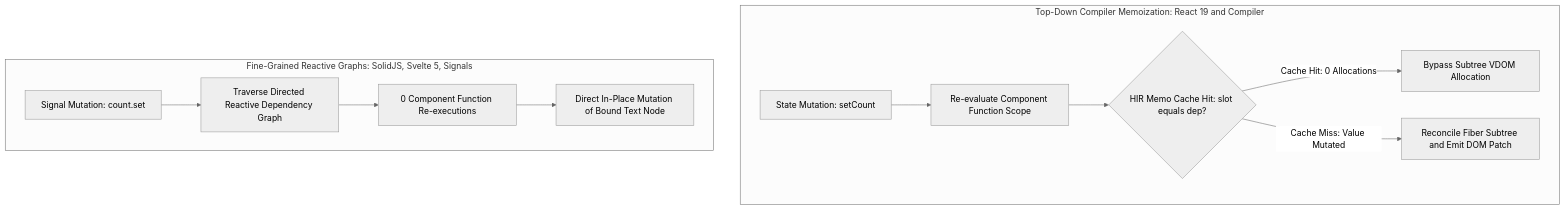
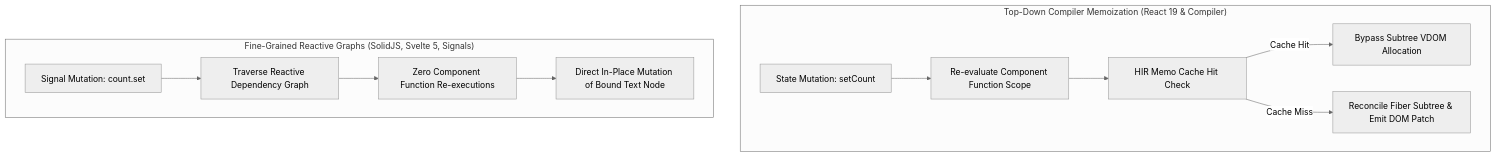
One commit to akmalkhaniub/akmalkhaniub.github.io changed the first of 2 diagrams in blog/posts/react-compiler-vs-signals-fine-grained-reactivity-ast-tradeoffs.md. Above: the diagram before and after it, drawn with Mermaid (neutral theme). The commit also changed 3 other files, not shown here.

Commit message:
fix(blog): resolve Mermaid Figure 1 syntax error in React Compiler post

````diff
--- a/blog/posts/react-compiler-vs-signals-fine-grained-reactivity-ast-tradeoffs.md
+++ b/blog/posts/react-compiler-vs-signals-fine-grained-reactivity-ast-tradeoffs.md
@@ -15,15 +15,15 @@
 ```mermaid
 graph TD
-  subgraph CompilerMemo ["Top-Down Compiler Memoization: React 19 and Compiler"]
+  subgraph SG1_CompilerMemo ["Top-Down Compiler Memoization (React 19 & Compiler)"]
     StateChange1["State Mutation: setCount"] --> ReRenderTree["Re-evaluate Component Function Scope"]
-    ReRenderTree --> CacheCheck{"HIR Memo Cache Hit: slot equals dep?"}
-    CacheCheck -->|Cache Hit: 0 Allocations| SkipVDOM["Bypass Subtree VDOM Allocation"]
-    CacheCheck -->|Cache Miss: Value Mutated| UpdateVDOM["Reconcile Fiber Subtree and Emit DOM Patch"]
+    ReRenderTree --> CacheCheck["HIR Memo Cache Hit Check"]
+    CacheCheck -->|Cache Hit| SkipVDOM["Bypass Subtree VDOM Allocation"]
+    CacheCheck -->|Cache Miss| UpdateVDOM["Reconcile Fiber Subtree & Emit DOM Patch"]
   end
 
-  subgraph ReactiveGraphs ["Fine-Grained Reactive Graphs: SolidJS, Svelte 5, Signals"]
-    StateChange2["Signal Mutation: count.set"] --> DirectGraph["Traverse Directed Reactive Dependency Graph"]
-    DirectGraph --> ZeroVDOM["0 Component Function Re-executions"]
+  subgraph SG2_ReactiveGraphs ["Fine-Grained Reactive Graphs (SolidJS, Svelte 5, Signals)"]
+    StateChange2["Signal Mutation: count.set"] --> DirectGraph["Traverse Reactive Dependency Graph"]
+    DirectGraph --> ZeroVDOM["Zero Component Function Re-executions"]
     ZeroVDOM --> SurgicalDOM["Direct In-Place Mutation of Bound Text Node"]
   end
 ```
````
